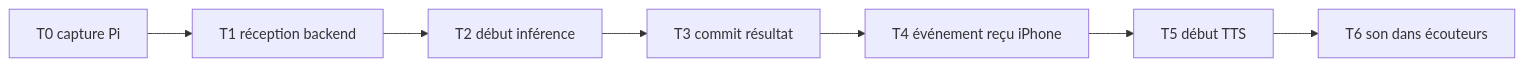
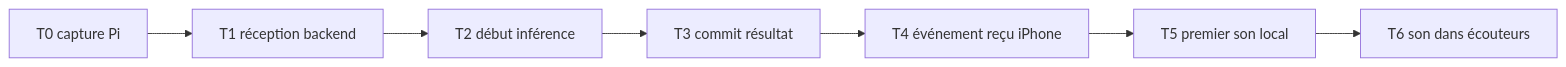
The fifth of 5 diagrams in docs/06-integration-equipe.md (Mindsept/Looki--Vision), drawn with Mermaid before and after one commit. The commit also changed other lines of this file and 56 other files, not shown here.

````diff
--- a/docs/06-integration-equipe.md
+++ b/docs/06-integration-equipe.md
@@ -155,9 +123,9 @@
 ```mermaid
 flowchart LR
     T0[T0 capture Pi] --> T1[T1 réception backend]
     T1 --> T2[T2 début inférence]
     T2 --> T3[T3 commit résultat]
     T3 --> T4[T4 événement reçu iPhone]
-    T4 --> T5[T5 début TTS]
+    T4 --> T5[T5 premier son local]
     T5 --> T6[T6 son dans écouteurs]
 ```
````
